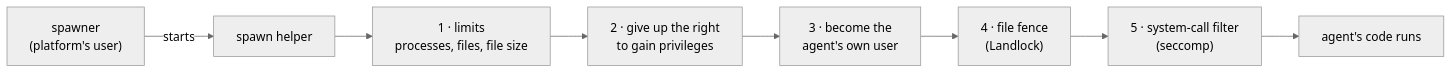
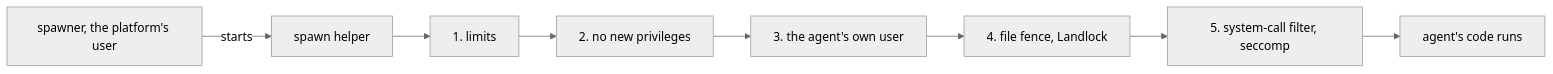
One commit to decentai-io/decentai changed the diagram in docs/paper/08-the-sandbox.md. Above: the diagram before and after it, drawn with Mermaid (neutral theme). The commit also changed other lines of this file and 19 other files, not shown here.

````diff
--- a/docs/paper/08-the-sandbox.md
+++ b/docs/paper/08-the-sandbox.md
@@ -63,10 +68,10 @@
 ```mermaid
 flowchart LR
-    A["spawner<br/>(platform's user)"] -->|starts| H["spawn helper"]
-    H --> L["1 · limits<br/>processes, files, file size"]
-    L --> N["2 · give up the right<br/>to gain privileges"]
-    N --> U["3 · become the<br/>agent's own user"]
-    U --> F["4 · file fence<br/>(Landlock)"]
-    F --> C["5 · system-call filter<br/>(seccomp)"]
+    A["spawner, the platform's user"] -->|"starts"| H["spawn helper"]
+    H --> L["1. limits"]
+    L --> N["2. no new privileges"]
+    N --> U["3. the agent's own user"]
+    U --> F["4. file fence, Landlock"]
+    F --> C["5. system-call filter, seccomp"]
     C --> W["agent's code runs"]
 ```
````
